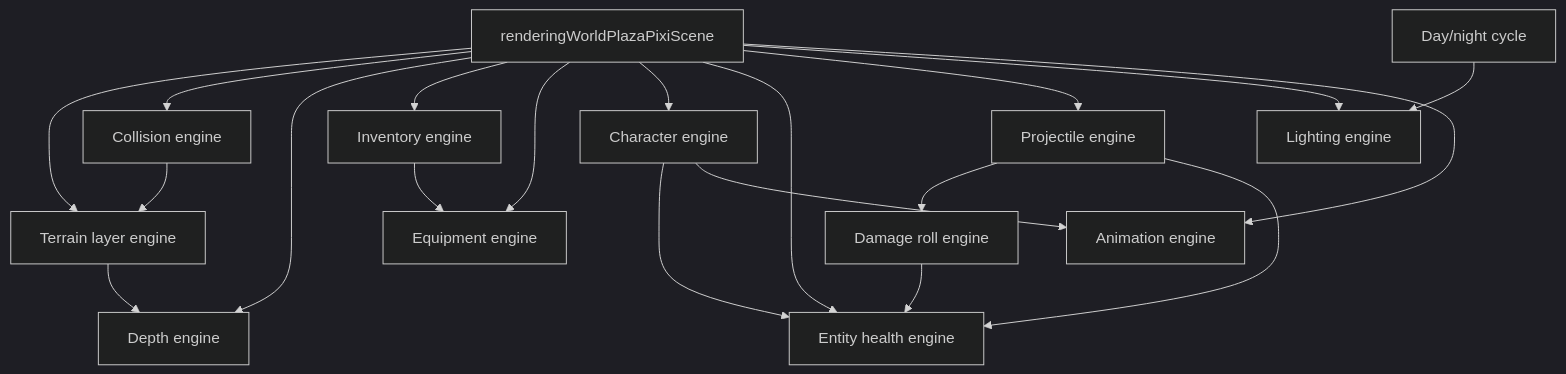
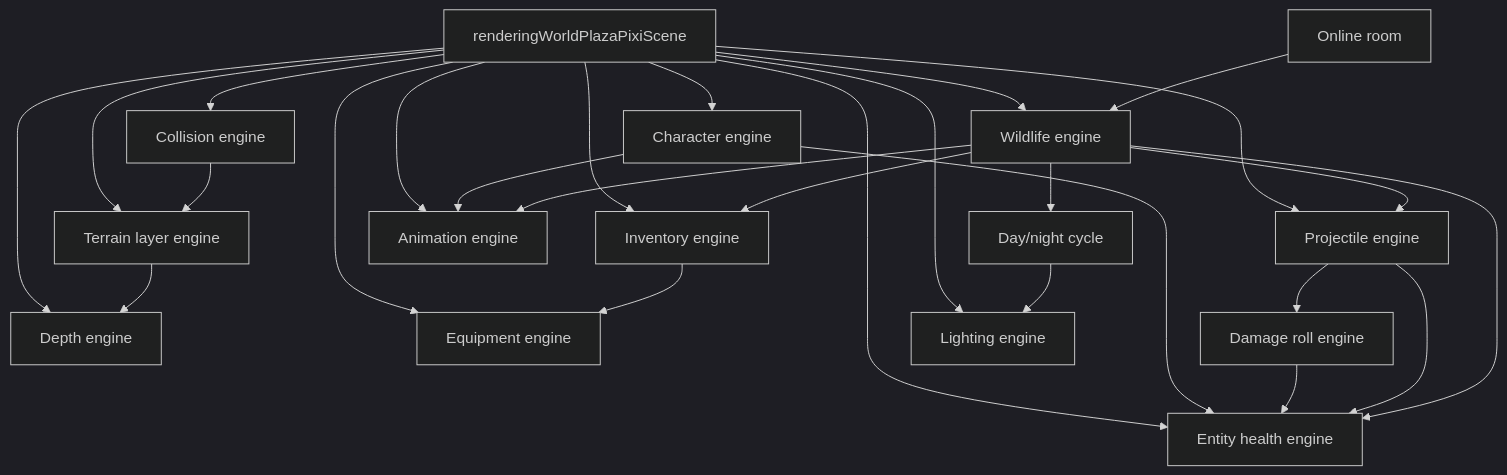
The second of 2 diagrams in memory/game-engines-reference.md (Jayrr-Dev/reigncraft), drawn with Mermaid (dark theme) before and after one commit. The commit also changed other lines of this file and 15 other files, not shown here.

````diff
--- a/memory/game-engines-reference.md
+++ b/memory/game-engines-reference.md
@@ -287,37 +401,46 @@
 ```mermaid
 flowchart TB
   PixiScene[renderingWorldPlazaPixiScene]
   Terrain[Terrain layer engine]
   Collision[Collision engine]
   Depth[Depth engine]
   Inventory[Inventory engine]
   Equipment[Equipment engine]
   Character[Character engine]
   Health[Entity health engine]
   DamageRoll[Damage roll engine]
   Projectile[Projectile engine]
   Lighting[Lighting engine]
   Animation[Animation engine]
+  Wildlife[Wildlife engine]
   DayNight[Day/night cycle]
+  OnlineRoom[Online room]
 
   PixiScene --> Terrain
   PixiScene --> Collision
   PixiScene --> Depth
   PixiScene --> Inventory
   PixiScene --> Equipment
   PixiScene --> Character
   PixiScene --> Health
   PixiScene --> Projectile
   PixiScene --> Lighting
   PixiScene --> Animation
+  PixiScene --> Wildlife
 
   Inventory --> Equipment
   Character --> Health
   DamageRoll --> Health
   Projectile --> DamageRoll
   Projectile --> Health
   Character --> Animation
   DayNight --> Lighting
   Terrain --> Depth
   Collision --> Terrain
+  Wildlife --> Animation
+  Wildlife --> Health
+  Wildlife --> Projectile
+  Wildlife --> Inventory
+  Wildlife --> DayNight
+  OnlineRoom --> Wildlife
 ```
````
